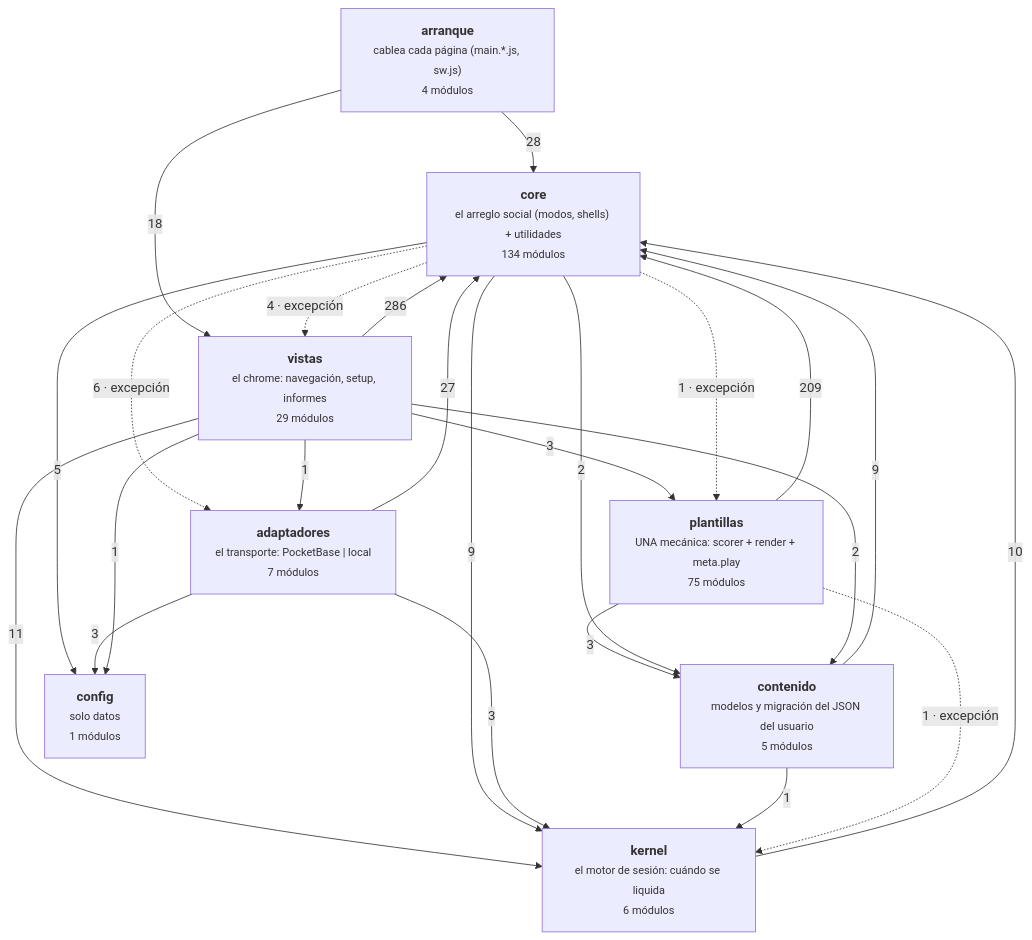
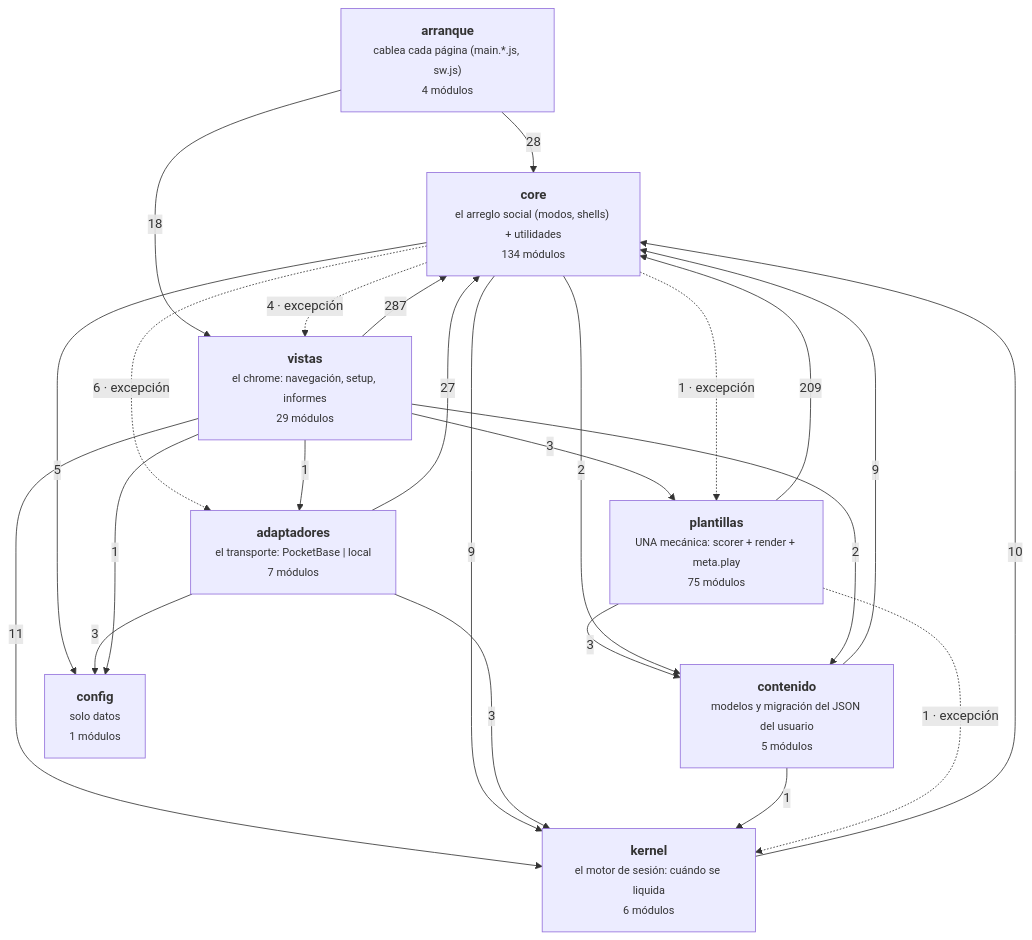
One commit to duecaz/ac changed the diagram in docs/arquitectura-modulos.md. Above: the diagram before and after it, drawn with Mermaid. The commit also changed other lines of this file and 11 other files, not shown here.

````diff
--- a/docs/arquitectura-modulos.md
+++ b/docs/arquitectura-modulos.md
@@ -56,34 +56,34 @@
 ```mermaid
 graph TD
   A["<b>arranque</b><br/><small>cablea cada página (main.*.js, sw.js)</small><br/><small>4 módulos</small>"]
   V["<b>vistas</b><br/><small>el chrome: navegación, setup, informes</small><br/><small>29 módulos</small>"]
   AD["<b>adaptadores</b><br/><small>el transporte: PocketBase | local</small><br/><small>7 módulos</small>"]
   C["<b>core</b><br/><small>el arreglo social (modos, shells) + utilidades</small><br/><small>134 módulos</small>"]
   K["<b>kernel</b><br/><small>el motor de sesión: cuándo se liquida</small><br/><small>6 módulos</small>"]
   T["<b>plantillas</b><br/><small>UNA mecánica: scorer + render + meta.play</small><br/><small>75 módulos</small>"]
   CO["<b>contenido</b><br/><small>modelos y migración del JSON del usuario</small><br/><small>5 módulos</small>"]
   CF["<b>config</b><br/><small>solo datos</small><br/><small>1 módulos</small>"]
-  V -->|286| C
+  V -->|287| C
   T -->|209| C
   A -->|28| C
   AD -->|27| C
   A -->|18| V
   V -->|11| K
   K -->|10| C
   C -->|9| K
   CO -->|9| C
   C -.->|6 · excepción| AD
   C -->|5| CF
   C -.->|4 · excepción| V
   AD -->|3| CF
   AD -->|3| K
   T -->|3| CO
   V -->|3| T
   C -->|2| CO
   V -->|2| CO
   C -.->|1 · excepción| T
   CO -->|1| K
   T -.->|1 · excepción| K
   V -->|1| AD
   V -->|1| CF
 ```
````
